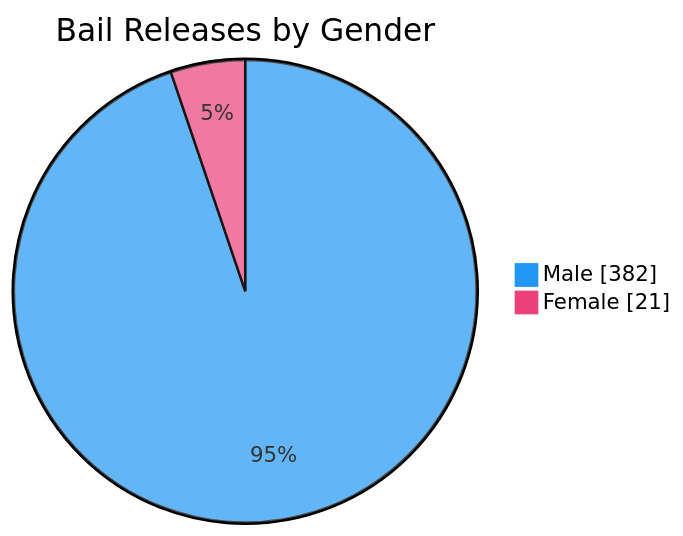
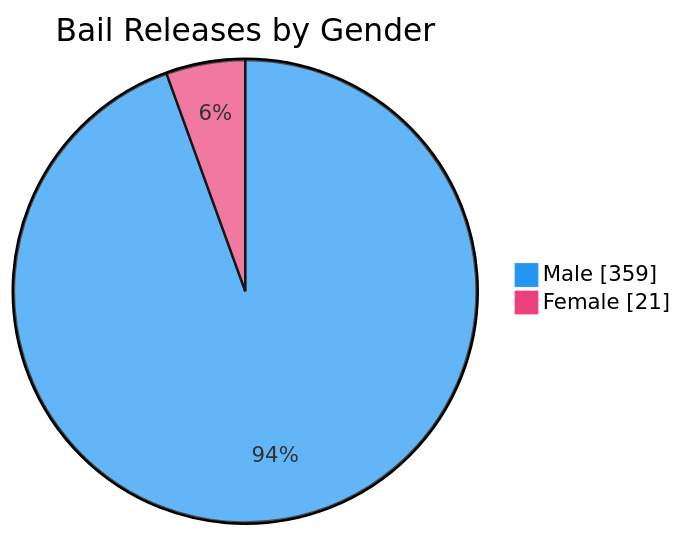
One commit to nuuuwan/lk_prisons changed the seventh of 7 diagrams in README.md. Above: the diagram before and after it, drawn with Mermaid. The commit also changed other lines of this file and 1 other file, not shown here.

````diff
--- a/README.md
+++ b/README.md
@@ -109,6 +109,6 @@
 ```mermaid
 %%{init: {'themeVariables': {'pie1': '#2196F3', 'pie2': '#EC407A'}}}%%
 pie showData title Bail Releases by Gender
-    "Male" : 382
+    "Male" : 359
     "Female" : 21
 ```
````
